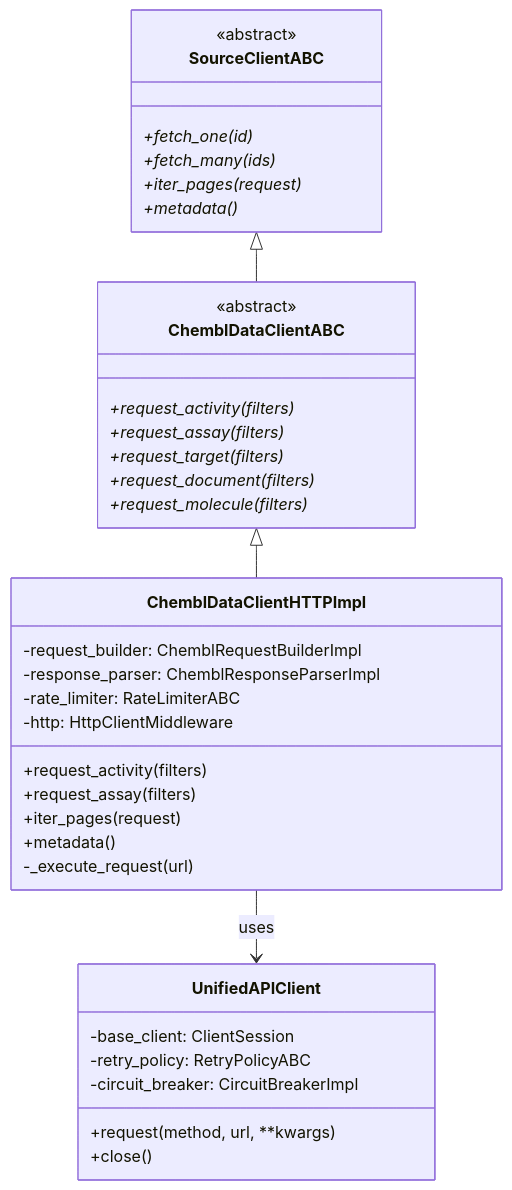
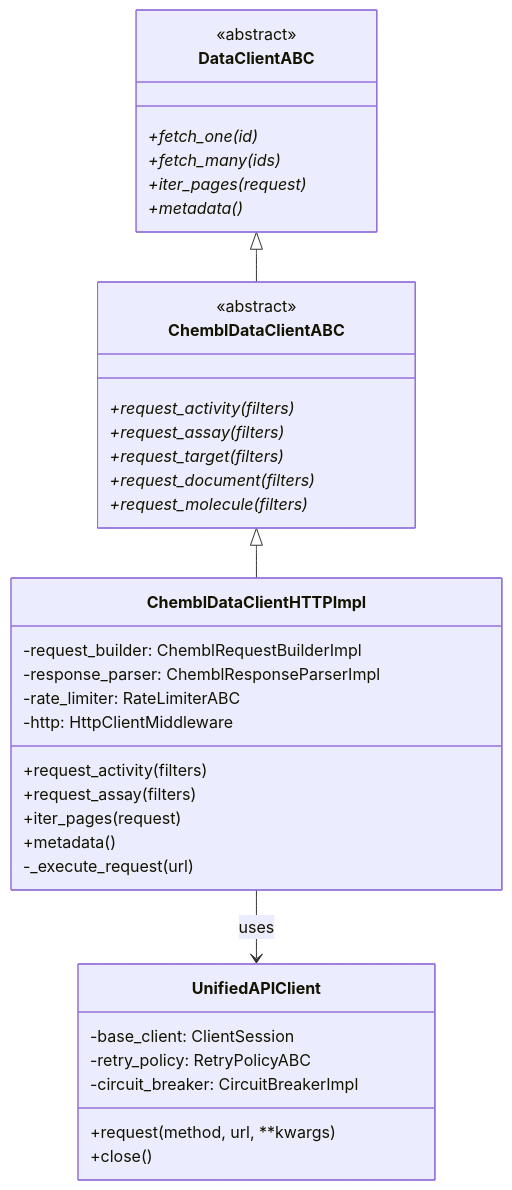
One commit to SatoryKono/BioactivityDataAcquisition changed the first of 10 diagrams in docs/architecture/15-class-diagrams-infrastructure.md. Above: the diagram before and after it, drawn with Mermaid. The commit also changed 11 other files, not shown here.

Commit message:
Refactor client contracts to remove SourceClientABC

````diff
--- a/docs/architecture/15-class-diagrams-infrastructure.md
+++ b/docs/architecture/15-class-diagrams-infrastructure.md
@@ -9,46 +9,46 @@
 ```mermaid
 ---
 id: 9f5e7de8-3350-47cb-8b63-8ec00ddc9944
 ---
 classDiagram
-    class SourceClientABC {
+    class DataClientABC {
         <<abstract>>
         +fetch_one(id)*
         +fetch_many(ids)*
         +iter_pages(request)*
         +metadata()*
     }
 
     class ChemblDataClientABC {
         <<abstract>>
         +request_activity(filters)*
         +request_assay(filters)*
         +request_target(filters)*
         +request_document(filters)*
         +request_molecule(filters)*
     }
 
     class ChemblDataClientHTTPImpl {
         -request_builder: ChemblRequestBuilderImpl
         -response_parser: ChemblResponseParserImpl
         -rate_limiter: RateLimiterABC
         -http: HttpClientMiddleware
         +request_activity(filters)
         +request_assay(filters)
         +iter_pages(request)
         +metadata()
         -_execute_request(url)
     }
 
     class UnifiedAPIClient {
         -base_client: ClientSession
         -retry_policy: RetryPolicyABC
         -circuit_breaker: CircuitBreakerImpl
         +request(method, url, **kwargs)
         +close()
     }
 
-    SourceClientABC <|-- ChemblDataClientABC
+    DataClientABC <|-- ChemblDataClientABC
     ChemblDataClientABC <|-- ChemblDataClientHTTPImpl
     ChemblDataClientHTTPImpl --> UnifiedAPIClient : uses
 ```
````
